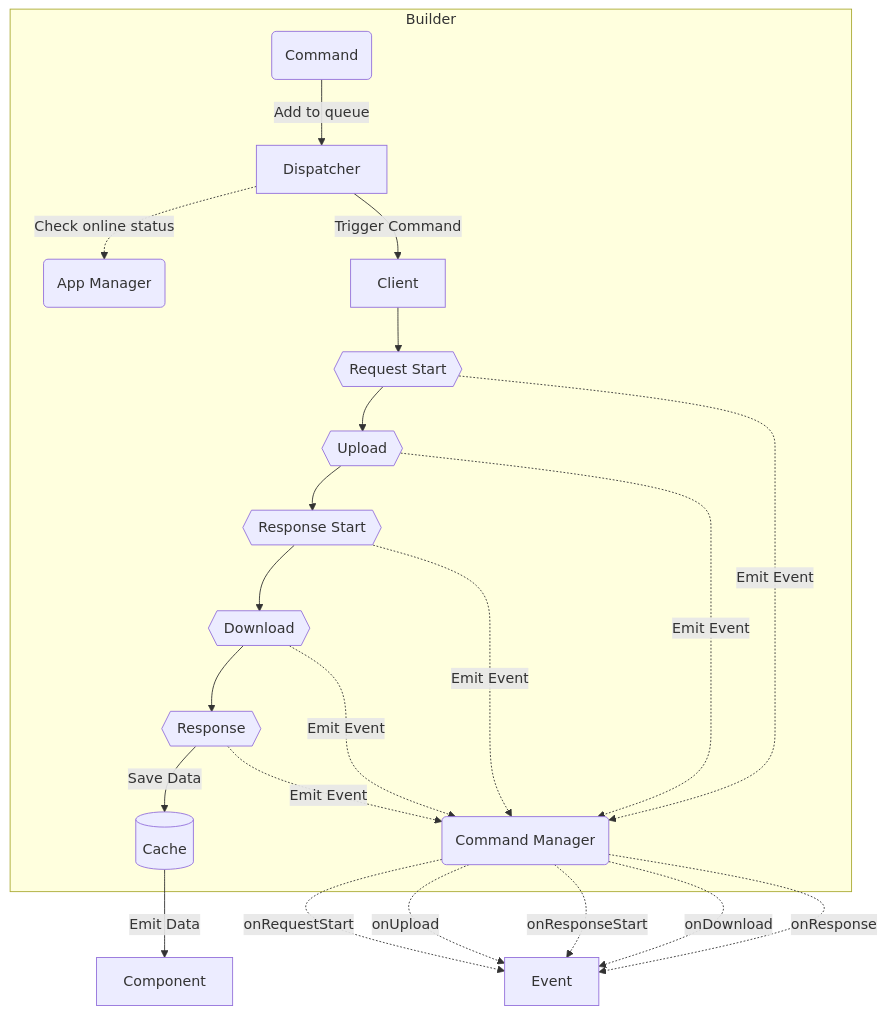
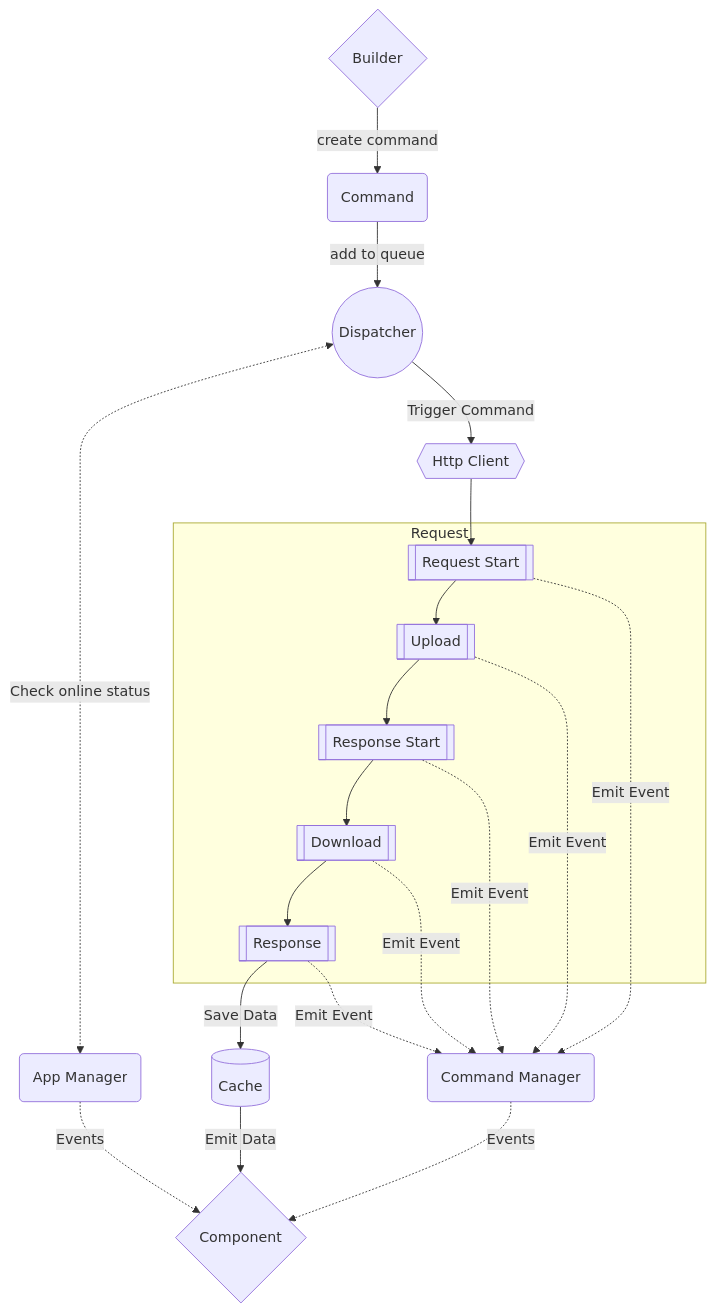
One commit to BetterTyped/hyper-fetch changed the diagram in documentation/docs/02-Architecture/Overview.mdx. Above: the diagram before and after it, drawn with Mermaid. The commit also changed 14 other files, not shown here.

````diff
--- a/documentation/docs/02-Architecture/Overview.mdx
+++ b/documentation/docs/02-Architecture/Overview.mdx
@@ -13,41 +13,38 @@
 ```mermaid
 flowchart TD;
-    subgraph Builder
-      Command
-      Command_Manager
-      App_Manager
-      Cache
-      Dispatcher
-      Client
+    subgraph Request
       Request_Start
       Upload
       Response_Start
       Download
       Response
     end
 
     App_Manager(App Manager);
     Command_Manager(Command Manager);
     Command(Command);
-    Command -- Add to queue --> Dispatcher
-    Dispatcher -. Check online status .-> App_Manager
+    Dispatcher((Dispatcher))
+    Client{{Http Client}}
+    Builder{Builder}
+
+    Builder -- create command --> Command
+    Command -- add to queue --> Dispatcher
+    Dispatcher <-. Check online status .-> App_Manager
     Dispatcher -- Trigger Command --> Client
-    Client --> Request_Start{{Request Start}}
-    Request_Start --> Upload{{Upload}}
-    Upload --> Response_Start{{Response Start}}
-    Response_Start --> Download{{Download}}
-    Download --> Response{{Response}}
+    Client --> Request_Start[[Request Start]]
+    Request_Start --> Upload[[Upload]]
+    Upload --> Response_Start[[Response Start]]
+    Response_Start --> Download[[Download]]
+    Download --> Response[[Response]]
     Response -- Save Data --> Cache[(Cache)]
-    Cache -- Emit Data --> Component
+    Cache -- Emit Data --> Component{Component}
 
     Request_Start -. Emit Event .-> Command_Manager
     Upload -. Emit Event .-> Command_Manager
     Response_Start -. Emit Event .-> Command_Manager
     Download -. Emit Event .-> Command_Manager
     Response -. Emit Event .-> Command_Manager
-    Command_Manager -. onRequestStart .-> Event
-    Command_Manager -. onUpload .-> Event
-    Command_Manager -. onResponseStart .-> Event
-    Command_Manager -. onDownload .-> Event
-    Command_Manager -. onResponse .-> Event
+
+    Command_Manager -. Events .-> Component
+    App_Manager -. Events .-> Component
 ```
````
